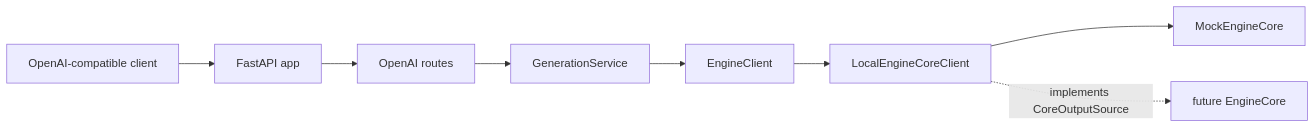
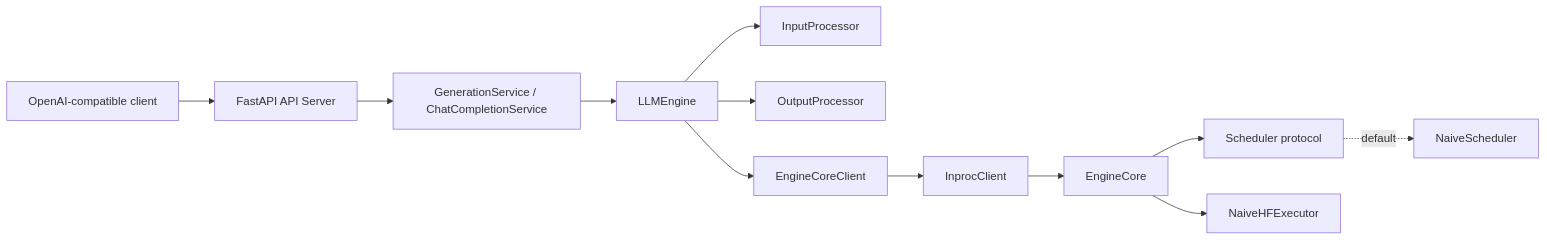
One commit to BigFaceMan/xTokens changed the first of 6 diagrams in docs/design/S1-serve_api.md. Above: the diagram before and after it, drawn with Mermaid. The commit also changed other lines of this file and 25 other files, not shown here.

````diff
--- a/docs/design/S1-serve_api.md
+++ b/docs/design/S1-serve_api.md
@@ -45,10 +37,14 @@
 ```mermaid
 flowchart LR
-    Client[OpenAI-compatible client] --> App[FastAPI app]
-    App --> Routes[OpenAI routes]
-    Routes --> Service[GenerationService]
-    Service --> Engine[EngineClient]
-    Engine --> CoreClient[LocalEngineCoreClient]
-    CoreClient --> Mock[MockEngineCore]
-    CoreClient -. implements CoreOutputSource .-> Core[future EngineCore]
+    Client[OpenAI-compatible client] --> Server[FastAPI API Server]
+    Server --> Service[GenerationService / ChatCompletionService]
+    Service --> Engine[LLMEngine]
+    Engine --> Processor[InputProcessor]
+    Engine --> OutputProcessor[OutputProcessor]
+    Engine --> ClientAdapter[EngineCoreClient]
+    ClientAdapter --> Inproc[InprocClient]
+    Inproc --> Core[EngineCore]
+    Core --> Scheduler[Scheduler protocol]
+    Scheduler -. default .-> Naive[NaiveScheduler]
+    Core --> Executor[NaiveHFExecutor]
 ```
````
